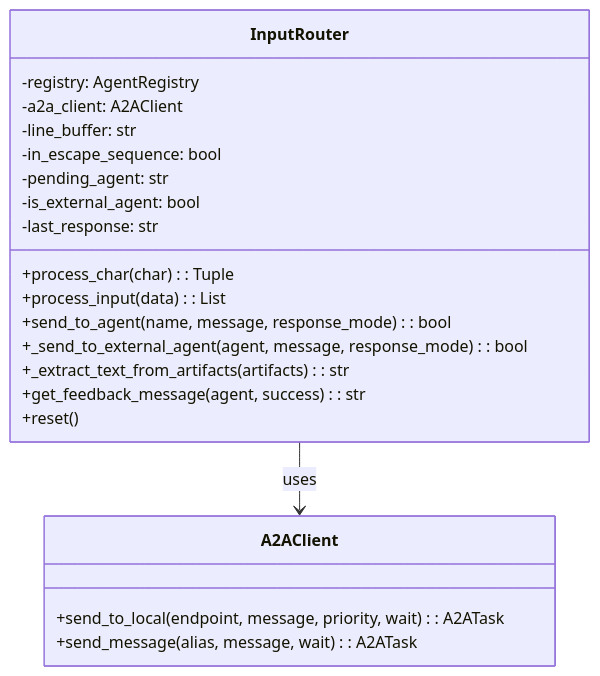
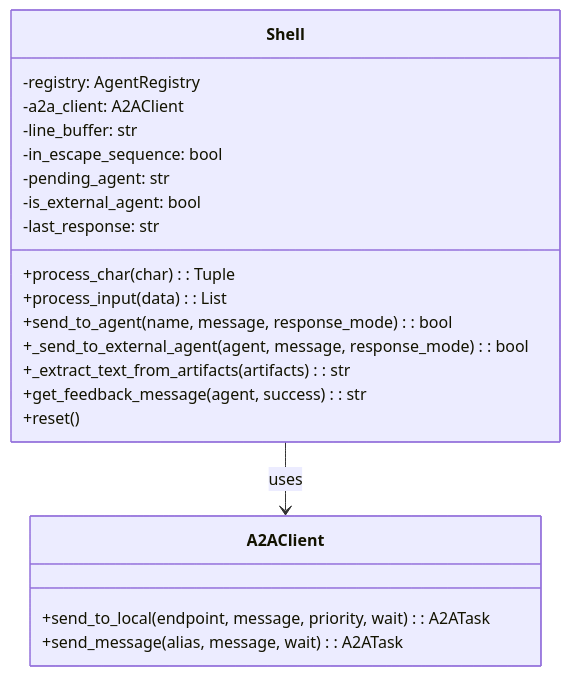
The fourth of 21 diagrams in guides/architecture.md (s-hiraoku/synapse-a2a), drawn with Mermaid before and after one commit. The commit also changed other lines of this file and 16 other files, not shown here.

First line of the commit message:
docs: update InputRouter refs to Shell, fix stale links and badges

````diff
--- a/guides/architecture.md
+++ b/guides/architecture.md
@@ -129,26 +129,26 @@
 ```mermaid
 classDiagram
-    class InputRouter {
+    class Shell {
         -registry: AgentRegistry
         -a2a_client: A2AClient
         -line_buffer: str
         -in_escape_sequence: bool
         -pending_agent: str
         -is_external_agent: bool
         -last_response: str
         +process_char(char): Tuple
         +process_input(data): List
         +send_to_agent(name, message, response_mode): bool
         +_send_to_external_agent(agent, message, response_mode): bool
         +_extract_text_from_artifacts(artifacts): str
         +get_feedback_message(agent, success): str
         +reset()
     }
 
     class A2AClient {
         +send_to_local(endpoint, message, priority, wait): A2ATask
         +send_message(alias, message, wait): A2ATask
     }
 
-    InputRouter --> A2AClient : uses
+    Shell --> A2AClient : uses
 ```
````
